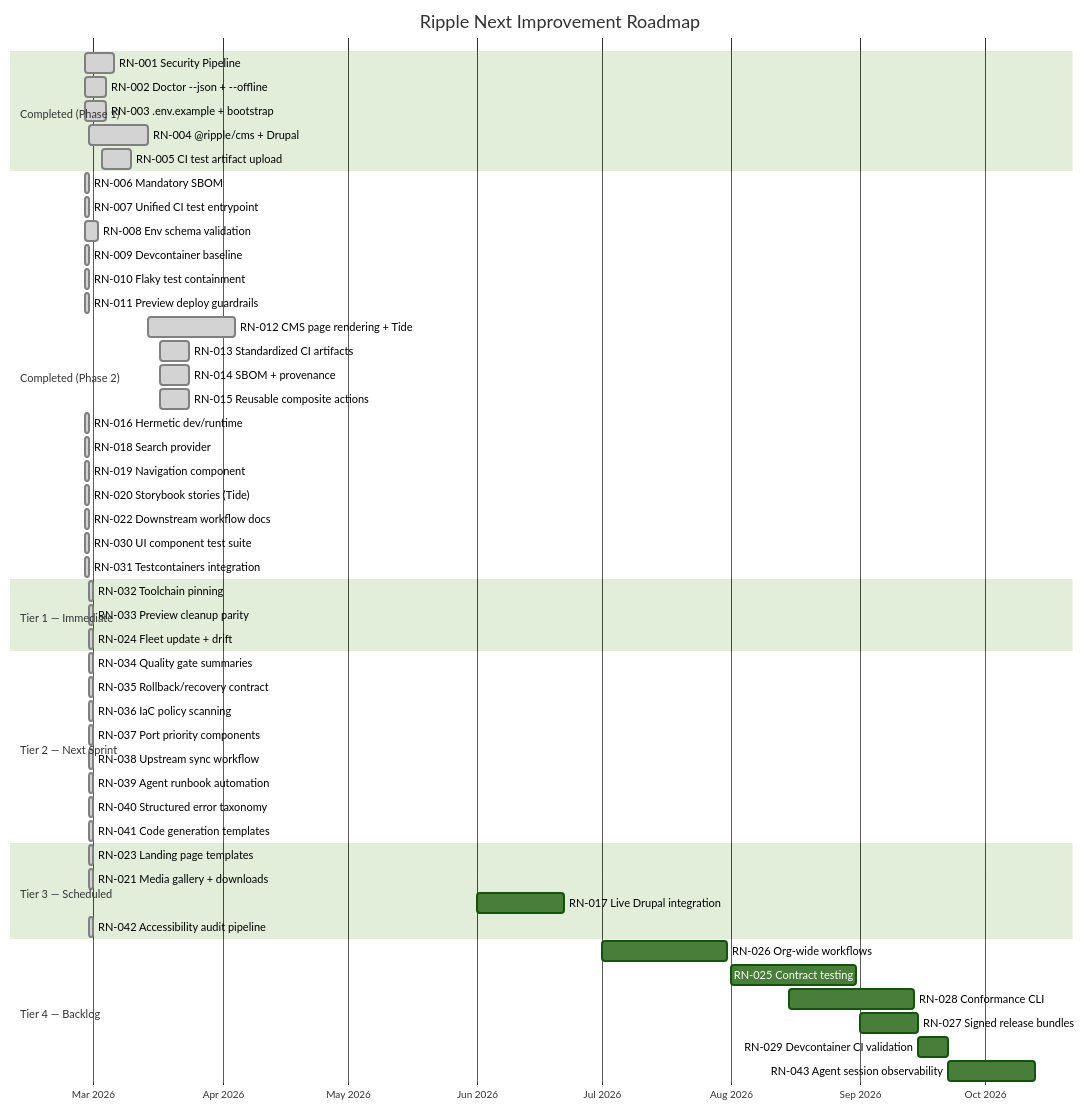
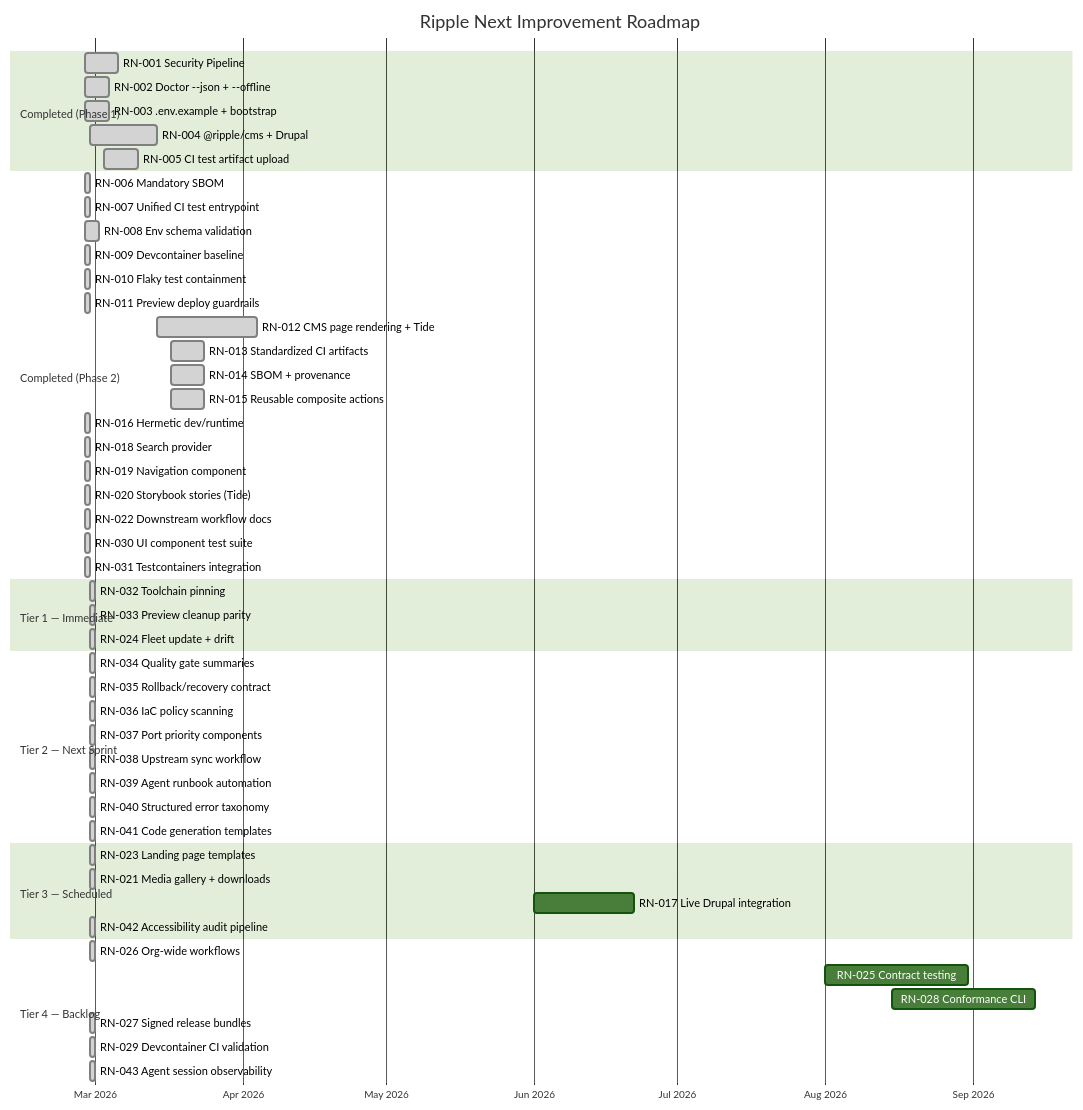
One commit to jbejenar/ripple-next changed the second of 6 diagrams in docs/product-roadmap/README.md. Above: the diagram before and after it, drawn with Mermaid (forest theme). The commit also changed other lines of this file and 7 other files, not shown here.

First line of the commit message:
feat(ci): add org-wide reusable workflows + docs audit (RN-026)

````diff
--- a/docs/product-roadmap/README.md
+++ b/docs/product-roadmap/README.md
@@ -640,61 +654,61 @@
 ```mermaid
 gantt
     title Ripple Next Improvement Roadmap
     dateFormat YYYY-MM-DD
     axisFormat %b %Y
 
     section Completed (Phase 1)
     RN-001 Security Pipeline              :done, rn001, 2026-02-27, 7d
     RN-002 Doctor --json + --offline       :done, rn002, 2026-02-27, 5d
     RN-003 .env.example + bootstrap        :done, rn003, 2026-02-27, 5d
     RN-004 @ripple/cms + Drupal            :done, rn004, 2026-02-28, 14d
     RN-005 CI test artifact upload         :done, rn005, 2026-03-03, 7d
 
     section Completed (Phase 2)
     RN-006 Mandatory SBOM                  :done, rn006, 2026-02-27, 1d
     RN-007 Unified CI test entrypoint      :done, rn007, 2026-02-27, 1d
     RN-008 Env schema validation           :done, rn008, 2026-02-27, 3d
     RN-009 Devcontainer baseline           :done, rn009, 2026-02-27, 1d
     RN-010 Flaky test containment          :done, rn010, 2026-02-27, 1d
     RN-011 Preview deploy guardrails       :done, rn011, 2026-02-27, 1d
     RN-012 CMS page rendering + Tide       :done, rn012, 2026-03-14, 21d
     RN-013 Standardized CI artifacts       :done, rn013, 2026-03-17, 7d
     RN-014 SBOM + provenance               :done, rn014, 2026-03-17, 7d
     RN-015 Reusable composite actions      :done, rn015, 2026-03-17, 7d
     RN-016 Hermetic dev/runtime            :done, rn016, 2026-02-27, 1d
     RN-018 Search provider                 :done, rn018, 2026-02-27, 1d
     RN-019 Navigation component            :done, rn019, 2026-02-27, 1d
     RN-020 Storybook stories (Tide)        :done, rn020, 2026-02-27, 1d
     RN-022 Downstream workflow docs        :done, rn022, 2026-02-27, 1d
     RN-030 UI component test suite         :done, rn030, 2026-02-27, 1d
     RN-031 Testcontainers integration      :done, rn031, 2026-02-27, 1d
 
     section Tier 1 — Immediate
     RN-032 Toolchain pinning               :done, rn032, 2026-02-28, 1d
     RN-033 Preview cleanup parity          :done, rn033, 2026-02-28, 1d
     RN-024 Fleet update + drift            :done, rn024, 2026-02-28, 1d
 
     section Tier 2 — Next Sprint
     RN-034 Quality gate summaries          :done, rn034, 2026-02-28, 1d
     RN-035 Rollback/recovery contract      :done, rn035, 2026-02-28, 1d
     RN-036 IaC policy scanning             :done, rn036, 2026-02-28, 1d
     RN-037 Port priority components        :done, rn037, 2026-02-28, 1d
     RN-038 Upstream sync workflow          :done, rn038, 2026-02-28, 1d
     RN-039 Agent runbook automation        :done, rn039, 2026-02-28, 1d
     RN-040 Structured error taxonomy       :done, rn040, 2026-02-28, 1d
     RN-041 Code generation templates       :done, rn041, 2026-02-28, 1d
 
     section Tier 3 — Scheduled
     RN-023 Landing page templates          :done, rn023, 2026-02-28, 1d
     RN-021 Media gallery + downloads       :done, rn021, 2026-02-28, 1d
     RN-017 Live Drupal integration         :rn017, 2026-06-01, 21d
     RN-042 Accessibility audit pipeline    :done, rn042, 2026-02-28, 1d
 
     section Tier 4 — Backlog
-    RN-026 Org-wide workflows              :rn026, 2026-07-01, 30d
+    RN-026 Org-wide workflows              :done, rn026, 2026-02-28, 1d
     RN-025 Contract testing                :rn025, 2026-08-01, 30d
     RN-028 Conformance CLI                 :rn028, 2026-08-15, 30d
-    RN-027 Signed release bundles          :rn027, 2026-09-01, 14d
-    RN-029 Devcontainer CI validation      :rn029, 2026-09-15, 7d
-    RN-043 Agent session observability     :rn043, 2026-09-22, 21d
+    RN-027 Signed release bundles          :done, rn027, 2026-02-28, 1d
+    RN-029 Devcontainer CI validation      :done, rn029, 2026-02-28, 1d
+    RN-043 Agent session observability     :done, rn043, 2026-02-28, 1d
 ```
````
